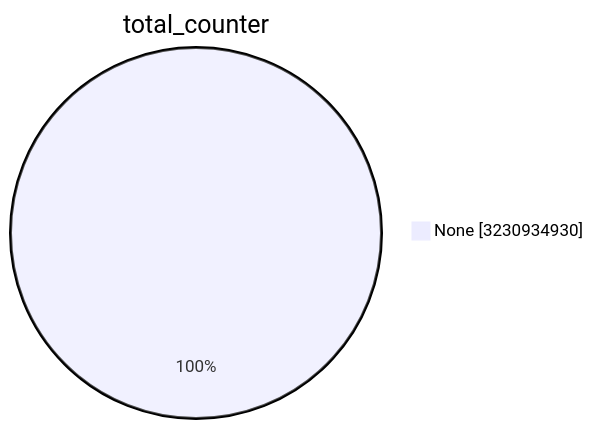
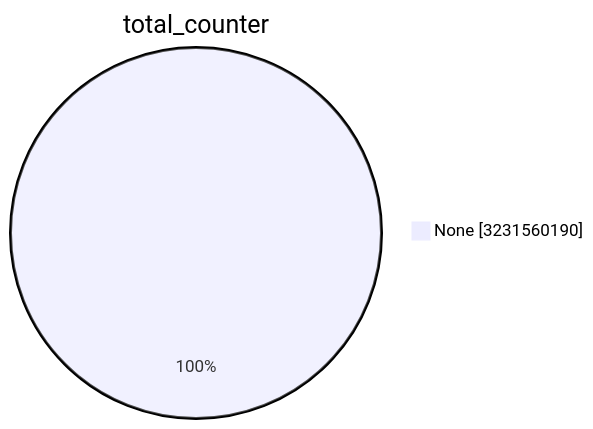
One commit to christiankrug/ctmonitor_visualization changed the first of 15 diagrams in TOTAL/README.md. Above: the diagram before and after it, drawn with Mermaid. The commit also changed other lines of this file, not shown here.

````diff
--- a/TOTAL/README.md
+++ b/TOTAL/README.md
@@ -1,5 +1,5 @@
 ```mermaid
 pie showData
 title total_counter
-"None" :3230934930
+"None" :3231560190
 ```
````
